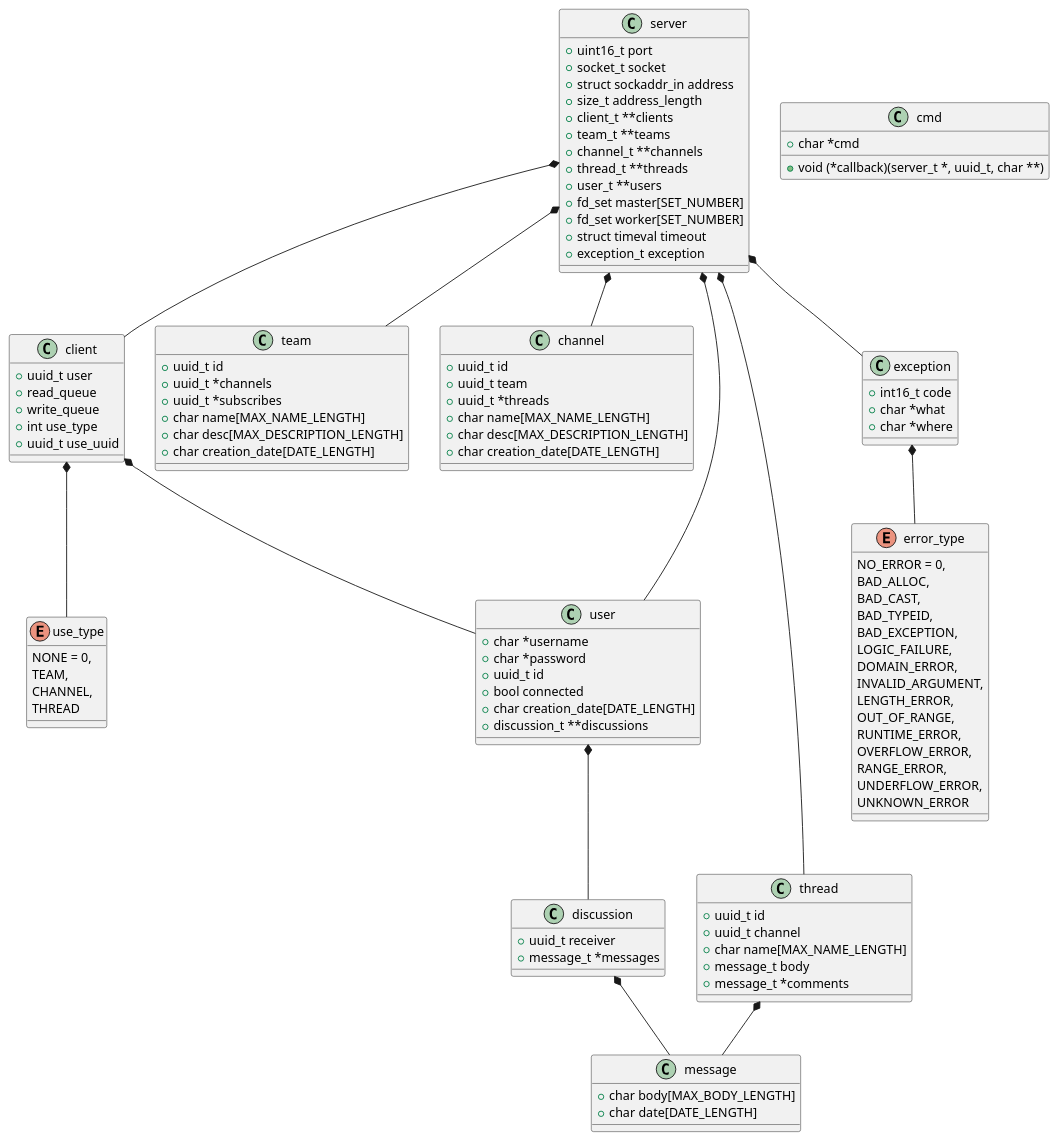
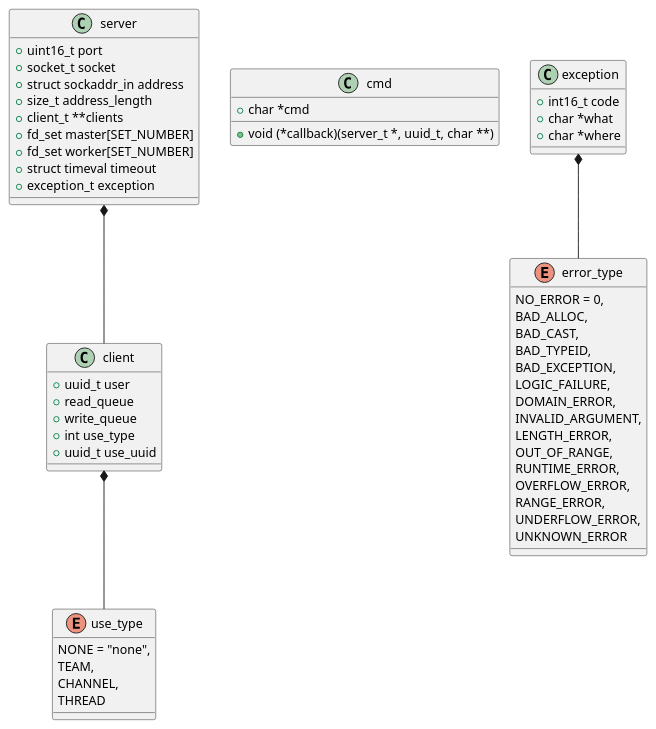
One commit to Madfish5415/NWP_myteams_2019 changed the diagram in uml/server.puml. Above: the diagram before and after it, drawn with PlantUML.

Commit message:
feat: Update server PlantUML

```diff
--- a/uml/server.puml
+++ b/uml/server.puml
@@ -1,120 +1,62 @@
 @startuml
 
 class server {
     + uint16_t port
     + socket_t socket
     + struct sockaddr_in address
     + size_t address_length
     + client_t **clients
-    + team_t **teams
-    + channel_t **channels
-    + thread_t **threads
-    + user_t **users
     + fd_set master[SET_NUMBER]
     + fd_set worker[SET_NUMBER]
     + struct timeval timeout
     + exception_t exception
 }
 server  *--  client
-server  *--  team
-server  *--  channel
-server  *--  thread
-server  *--  exception
-server  *--  user
 
 class client {
     + uuid_t user
     + read_queue
     + write_queue
     + int use_type
     + uuid_t use_uuid
 }
-client  *--  user
 client  *--  use_type
 
 enum use_type {
-    NONE = 0,
+    NONE = "none",
     TEAM,
     CHANNEL,
     THREAD
 }
-
-class user {
-    + char *username
-    + char *password
-    + uuid_t id
-    + bool connected
-    + char creation_date[DATE_LENGTH]
-    + discussion_t **discussions
-}
-user *-- discussion
-
-class discussion {
-    + uuid_t receiver
-    + message_t *messages
-}
-discussion *-- message
-
-class message {
-    + char body[MAX_BODY_LENGTH]
-    + char date[DATE_LENGTH]
-}
-
-class team {
-    + uuid_t id
-    + uuid_t *channels
-    + uuid_t *subscribes
-    + char name[MAX_NAME_LENGTH]
-    + char desc[MAX_DESCRIPTION_LENGTH]
-    + char creation_date[DATE_LENGTH]
-}
-
-class channel {
-    + uuid_t id
-    + uuid_t team
-    + uuid_t *threads
-    + char name[MAX_NAME_LENGTH]
-    + char desc[MAX_DESCRIPTION_LENGTH]
-    + char creation_date[DATE_LENGTH]
-}
-
-class thread {
-    + uuid_t id
-    + uuid_t channel
-    + char name[MAX_NAME_LENGTH]
-    + message_t body
-    + message_t *comments
-}
-thread *-- message
 
 class cmd {
     + char *cmd
     + void (*callback)(server_t *, uuid_t, char **)
 }
 
 class exception {
     + int16_t code
     + char *what
     + char *where
 }
 exception *-- error_type
 
 enum error_type {
     NO_ERROR = 0,
     BAD_ALLOC,
     BAD_CAST,
     BAD_TYPEID,
     BAD_EXCEPTION,
     LOGIC_FAILURE,
     DOMAIN_ERROR,
     INVALID_ARGUMENT,
     LENGTH_ERROR,
     OUT_OF_RANGE,
     RUNTIME_ERROR,
     OVERFLOW_ERROR,
     RANGE_ERROR,
     UNDERFLOW_ERROR,
     UNKNOWN_ERROR
 }
 
 @enduml
```
